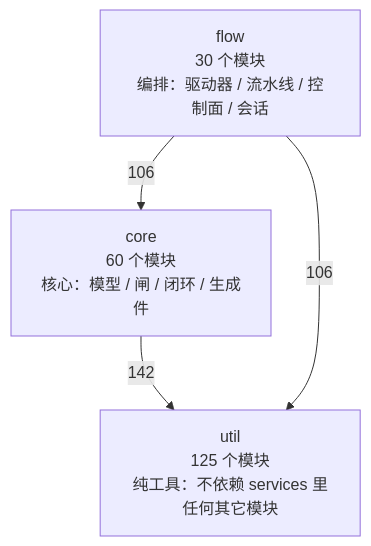
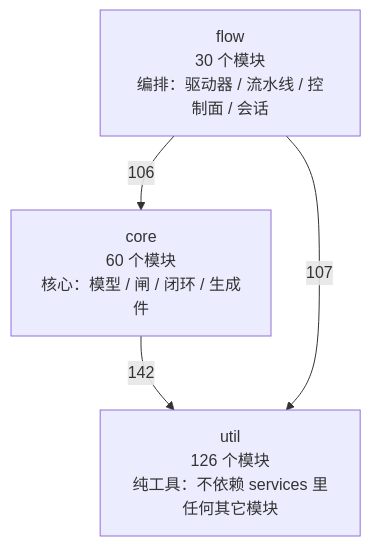
One commit to 2686521696/WhyBuddy changed the first of 4 diagrams in docs/SlideRule V6.2 架构图（自动生成）.md. Above: the diagram before and after it, drawn with Mermaid. The commit also changed other lines of this file and 7 other files, not shown here.

````diff
--- a/docs/SlideRule V6.2 架构图（自动生成）.md
+++ b/docs/SlideRule V6.2 架构图（自动生成）.md
@@ -48,9 +48,9 @@
 ```mermaid
 flowchart TB
-  util["util<br/>125 个模块<br/>纯工具：不依赖 services 里任何其它模块"]
+  util["util<br/>126 个模块<br/>纯工具：不依赖 services 里任何其它模块"]
   core["core<br/>60 个模块<br/>核心：模型 / 闸 / 闭环 / 生成件"]
   flow["flow<br/>30 个模块<br/>编排：驱动器 / 流水线 / 控制面 / 会话"]
   core -->|142| util
   flow -->|106| core
-  flow -->|106| util
+  flow -->|107| util
 ```
````
